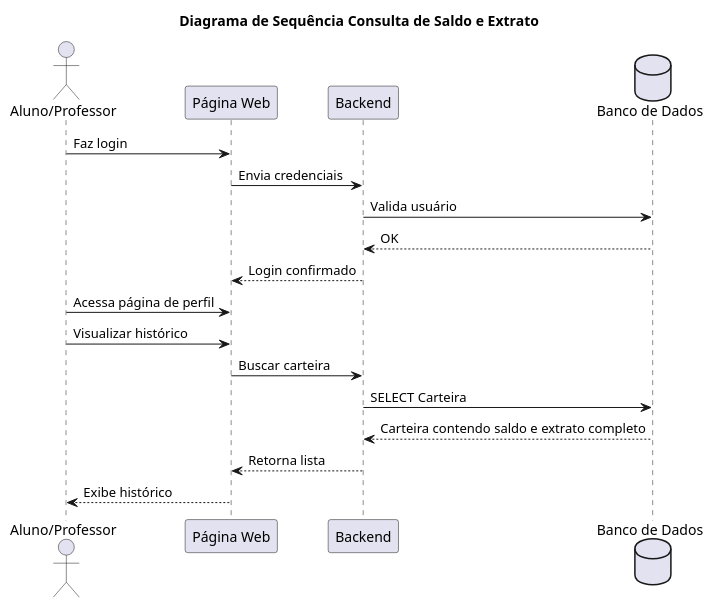
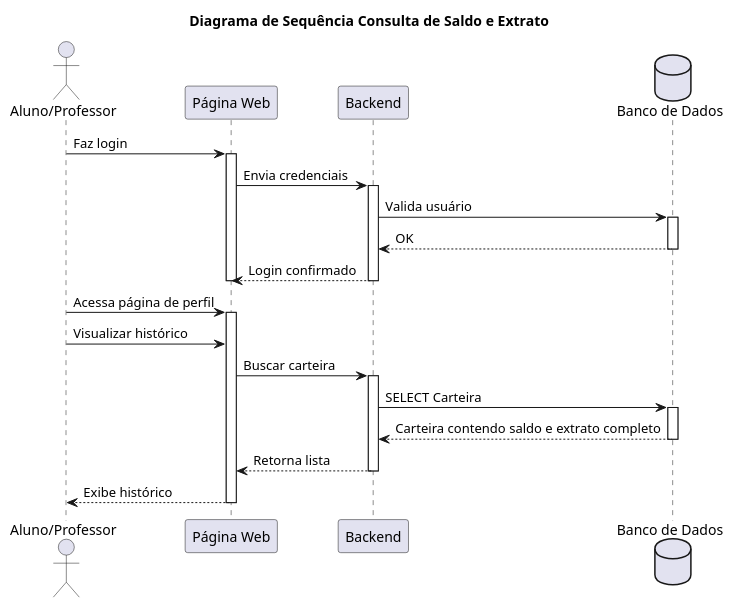
Before and after one commit to jjoaom/PS-PUCMG-StudentCoin: the diagram in docs/sequence-diagrams/ConsultaSaldo.puml, drawn with PlantUML. The commit also changed 9 other files, not shown here.

Commit message:
Fix: Adicionado linhas de vida nos diagramas de sequência

```diff
--- a/docs/sequence-diagrams/ConsultaSaldo.puml
+++ b/docs/sequence-diagrams/ConsultaSaldo.puml
@@ -1,21 +1,33 @@
 @startuml
 title "Diagrama de Sequência Consulta de Saldo e Extrato"
 actor Usuario as "Aluno/Professor"
 participant Frontend as "Página Web"
 participant Backend as "Backend"
 database DB as "Banco de Dados"
 
 Usuario -> Frontend: Faz login
+activate Frontend
 Frontend -> Backend: Envia credenciais
+activate Backend
 Backend -> DB: Valida usuário
+activate DB
 DB --> Backend: OK
+deactivate DB
 Backend --> Frontend: Login confirmado
+deactivate Backend
+deactivate Frontend
 Usuario -> Frontend: Acessa página de perfil
+activate Frontend
 Usuario -> Frontend: Visualizar histórico
 Frontend -> Backend: Buscar carteira
+activate Backend
 Backend -> DB: SELECT Carteira
+activate DB
 DB --> Backend: Carteira contendo saldo e extrato completo
+deactivate DB
 Backend --> Frontend: Retorna lista
+deactivate Backend
 Frontend --> Usuario: Exibe histórico
+deactivate Frontend
 
 @enduml
```
